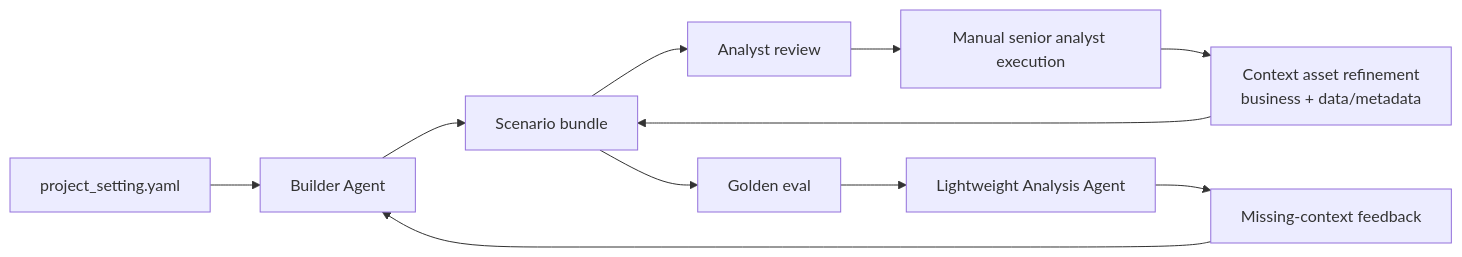
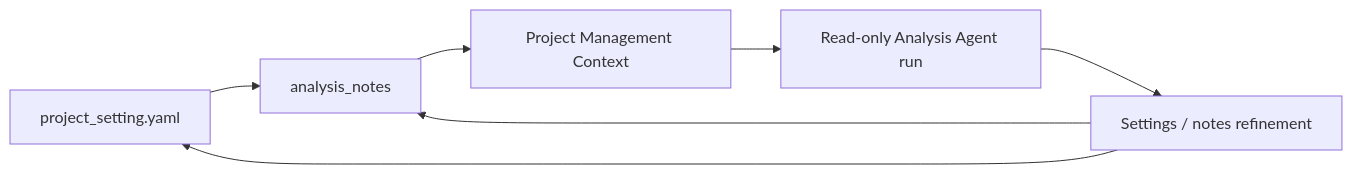
The diagram in docs/builder-app-oai/v0.2-business-analysis/design.md (zhouhang-chn/databricks-ai-dev-kit), drawn with Mermaid before and after one commit. The commit also changed other lines of this file and 4 other files, not shown here.

````diff
--- a/docs/builder-app-oai/v0.2-business-analysis/design.md
+++ b/docs/builder-app-oai/v0.2-business-analysis/design.md
@@ -731,15 +48,11 @@
 ```mermaid
 flowchart LR
   Setting["project_setting.yaml"]
-  Builder["Builder Agent"]
-  Bundle["Scenario bundle"]
-  Review["Analyst review"]
-  Manual["Manual senior analyst execution"]
-  Context["Context asset refinement\nbusiness + data/metadata"]
-  Golden["Golden eval"]
-  Consumer["Lightweight Analysis Agent"]
-  Feedback["Missing-context feedback"]
+  Notes["analysis_notes"]
+  Context["Project Management Context"]
+  Agent["Read-only Analysis Agent run"]
+  Feedback["Settings / notes refinement"]
 
-  Setting --> Builder --> Bundle --> Review --> Manual --> Context --> Bundle
-  Bundle --> Golden --> Consumer --> Feedback --> Builder
+  Setting --> Notes --> Context --> Agent --> Feedback --> Setting
+  Feedback --> Notes
 ```
````
